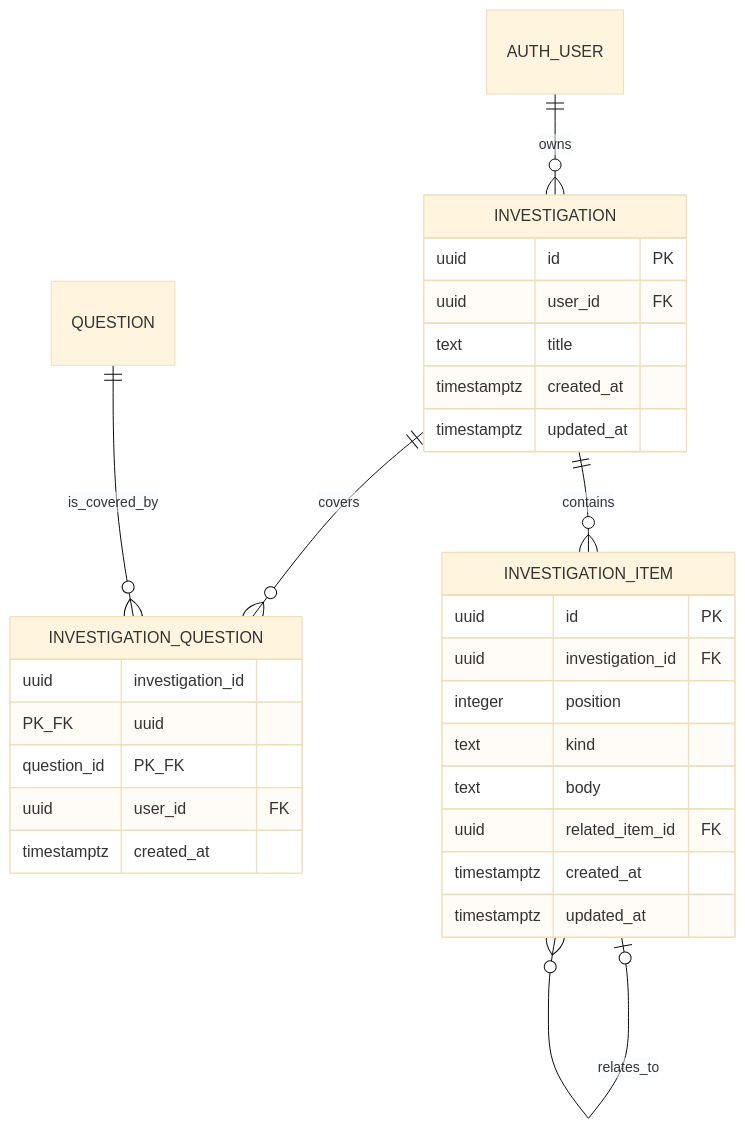
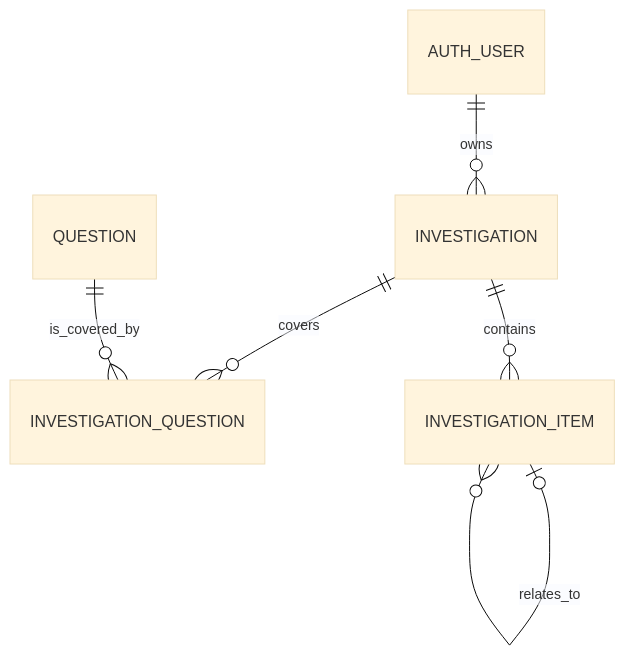
The second of 2 diagrams in ENTITY_RELATIONSHIP_MODEL.md (itcambridge/curitopia2), drawn with Mermaid (base theme) before and after one commit. The commit also changed other lines of this file and 39 other files, not shown here.

````diff
--- a/ENTITY_RELATIONSHIP_MODEL.md
+++ b/ENTITY_RELATIONSHIP_MODEL.md
@@ -135,32 +245,8 @@
 ```mermaid
 erDiagram
     AUTH_USER ||--o{ INVESTIGATION : owns
     INVESTIGATION ||--o{ INVESTIGATION_QUESTION : covers
     QUESTION ||--o{ INVESTIGATION_QUESTION : is_covered_by
     INVESTIGATION ||--o{ INVESTIGATION_ITEM : contains
     INVESTIGATION_ITEM o|--o{ INVESTIGATION_ITEM : relates_to
-
-    INVESTIGATION {
-        uuid id PK
-        uuid user_id FK
-        text title
-        timestamptz created_at
-        timestamptz updated_at
-    }
-    INVESTIGATION_QUESTION {
-        uuid investigation_id PK_FK
-        uuid question_id PK_FK
-        uuid user_id FK
-        timestamptz created_at
-    }
-    INVESTIGATION_ITEM {
-        uuid id PK
-        uuid investigation_id FK
-        integer position
-        text kind
-        text body
-        uuid related_item_id FK
-        timestamptz created_at
-        timestamptz updated_at
-    }
 ```
````
